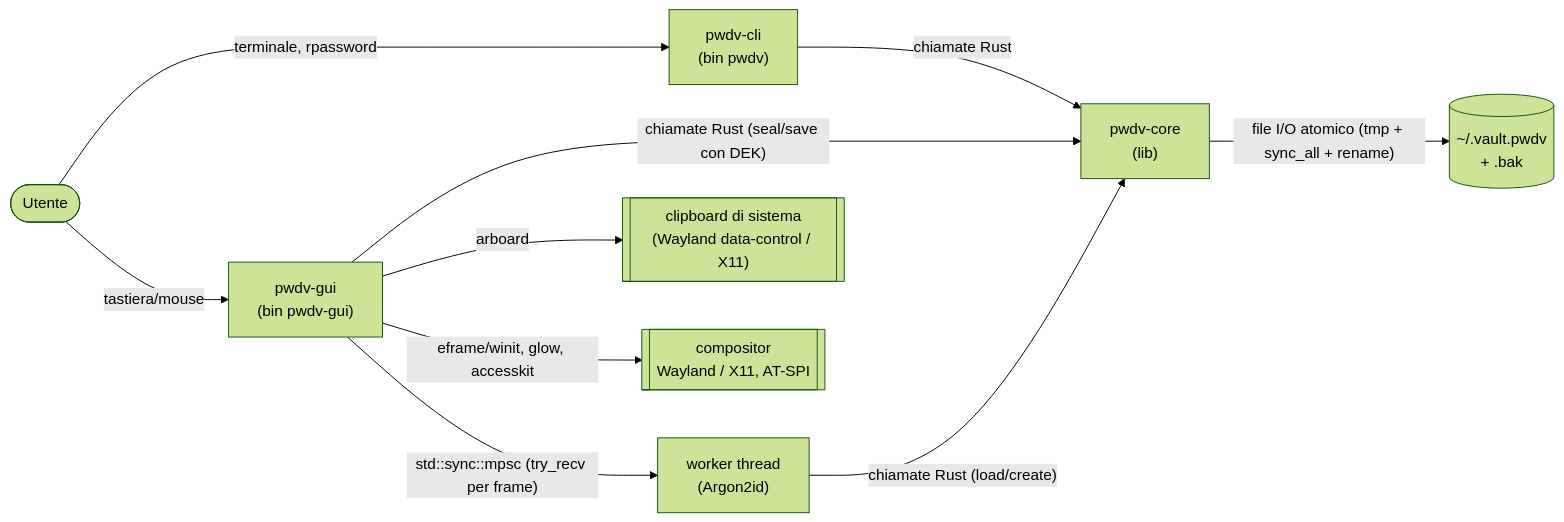
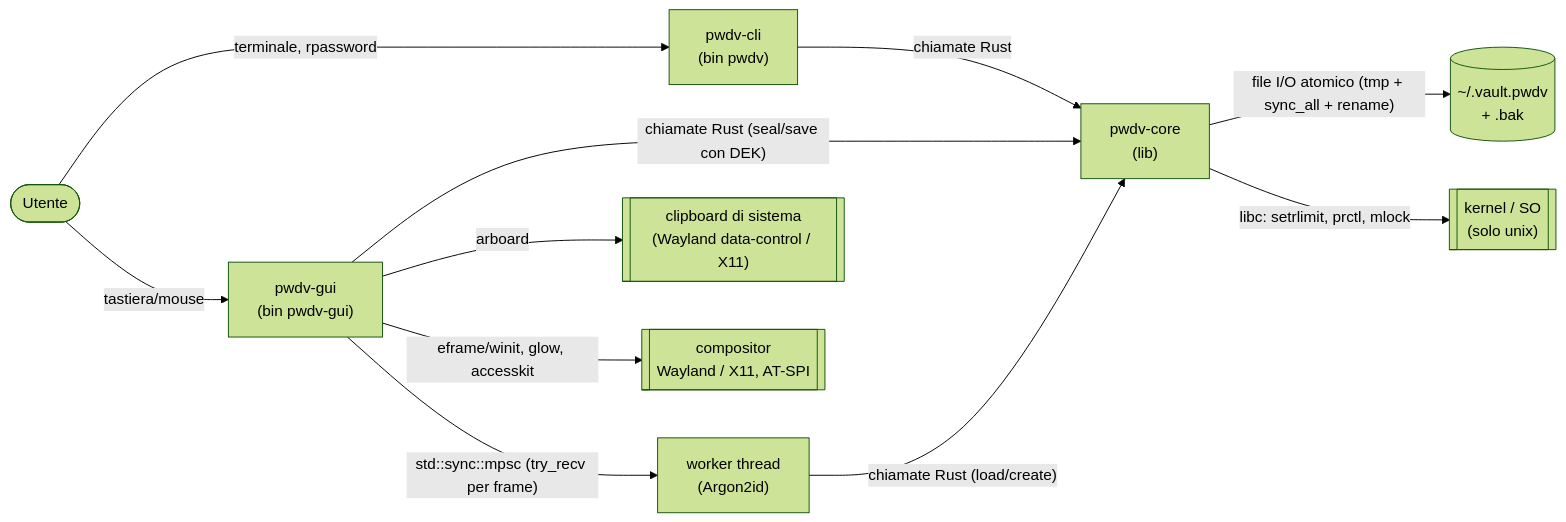
One commit to ScaccoFranco/pswmanager changed the diagram in docs/ARCHITECTURE.md. Above: the diagram before and after it, drawn with Mermaid (forest theme). The commit also changed other lines of this file and 2 other files, not shown here.

Commit message:
aggiornato readme, architecture

````diff
--- a/docs/ARCHITECTURE.md
+++ b/docs/ARCHITECTURE.md
@@ -14,21 +14,23 @@
 ```mermaid
 flowchart LR
   user([Utente])
   cli["pwdv-cli<br/>(bin pwdv)"]
   gui["pwdv-gui<br/>(bin pwdv-gui)"]
   worker["worker thread<br/>(Argon2id)"]
   core["pwdv-core<br/>(lib)"]
   file[("~/.vault.pwdv<br/>+ .bak")]
   clip[["clipboard di sistema<br/>(Wayland data-control / X11)"]]
   comp[["compositor<br/>Wayland / X11, AT-SPI"]]
+  kernel[["kernel / SO<br/>(solo unix)"]]
 
   user -- terminale, rpassword --> cli
   user -- tastiera/mouse --> gui
   cli -- chiamate Rust --> core
   gui -- chiamate Rust (seal/save con DEK) --> core
   gui -- "std::sync::mpsc (try_recv per frame)" --> worker
   worker -- chiamate Rust (load/create) --> core
   core -- "file I/O atomico (tmp + sync_all + rename)" --> file
   gui -- arboard --> clip
   gui -- eframe/winit, glow, accesskit --> comp
+  core -- "libc: setrlimit, prctl, mlock" --> kernel
 ```
````
